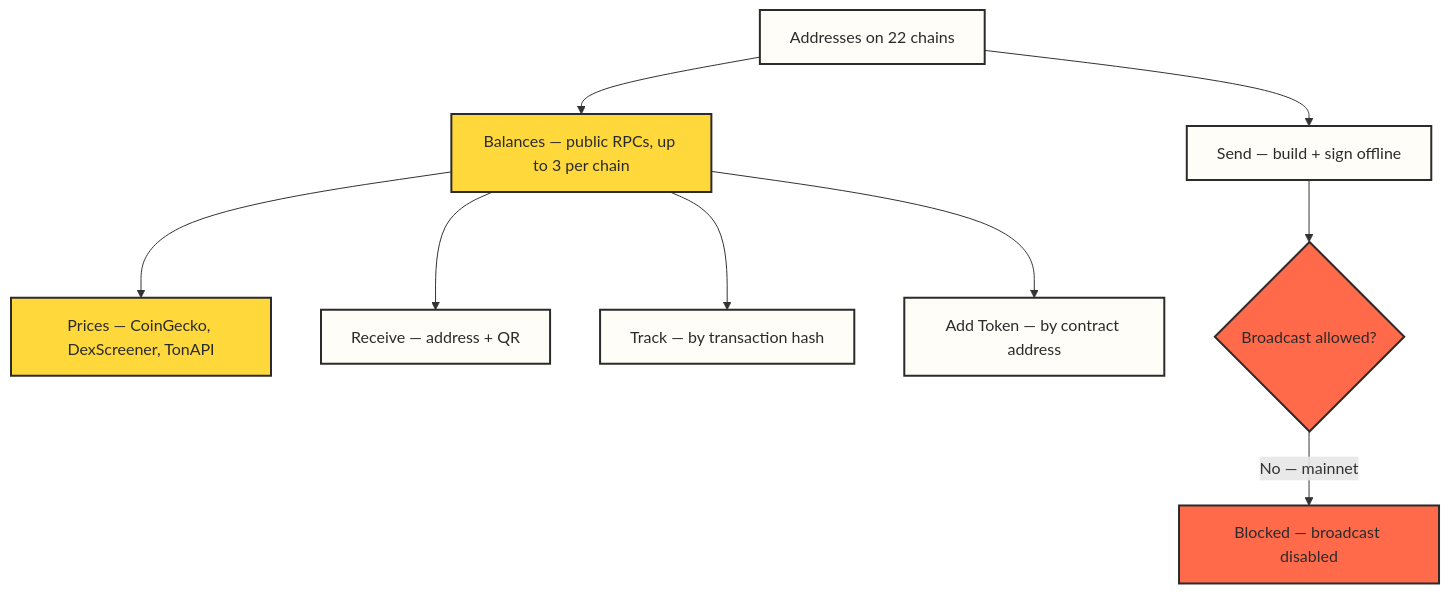
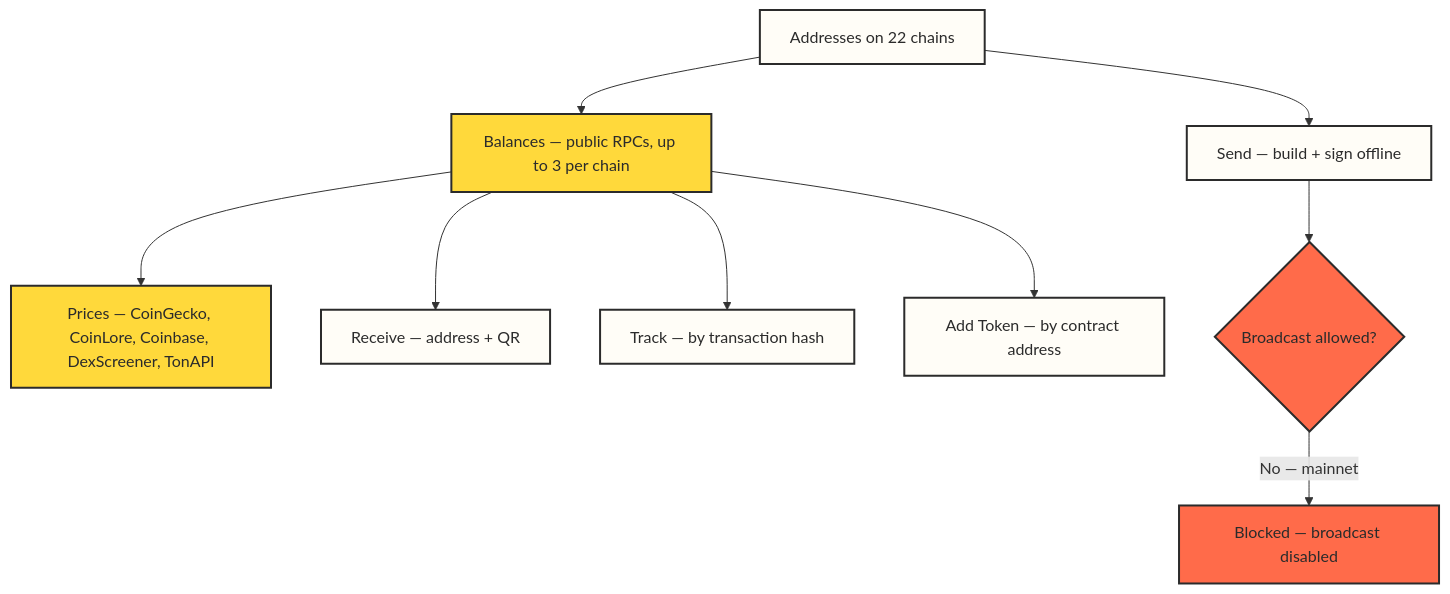
The third of 3 diagrams in docs/HOW-IT-WORKS.md (Pr3eve6ti2o/bawa), drawn with Mermaid before and after one commit. The commit also changed other lines of this file and 9 other files, not shown here.

````diff
--- a/docs/HOW-IT-WORKS.md
+++ b/docs/HOW-IT-WORKS.md
@@ -84,24 +84,24 @@
 ```mermaid
 flowchart TB
     accTitle: Balances, prices and flows
     accDescr: Addresses feed public RPC balances and cached prices; Receive, Track and Add Token read them, and Send stops at a disabled broadcast.
 
     addrs2["Addresses on 22 chains"] --> balances["Balances — public RPCs, up to 3 per chain"]
-    balances --> prices["Prices — CoinGecko, DexScreener, TonAPI"]
+    balances --> prices["Prices — CoinGecko, CoinLore, Coinbase, DexScreener, TonAPI"]
     balances --> receive["Receive — address + QR"]
     balances --> track["Track — by transaction hash"]
     balances --> addtoken["Add Token — by contract address"]
     addrs2 --> send["Send — build + sign offline"]
     send --> guard{"Broadcast allowed?"}
     guard -->|No — mainnet| blocked["Blocked — broadcast disabled"]
 
     classDef guide fill:#FFFDF7,stroke:#2B2B2B,stroke-width:2px,color:#2B2B2B
     classDef sun fill:#FFD93B,stroke:#2B2B2B,stroke-width:2px,color:#2B2B2B
     classDef coral fill:#FF6B4A,stroke:#2B2B2B,stroke-width:2px,color:#2B2B2B
     classDef plain fill:#FFFDF7,stroke:#2B2B2B,stroke-width:2px,color:#2B2B2B
 
     class addrs2 guide
     class balances,prices sun
     class guard,blocked coral
     class receive,track,addtoken,send plain
 ```
````
